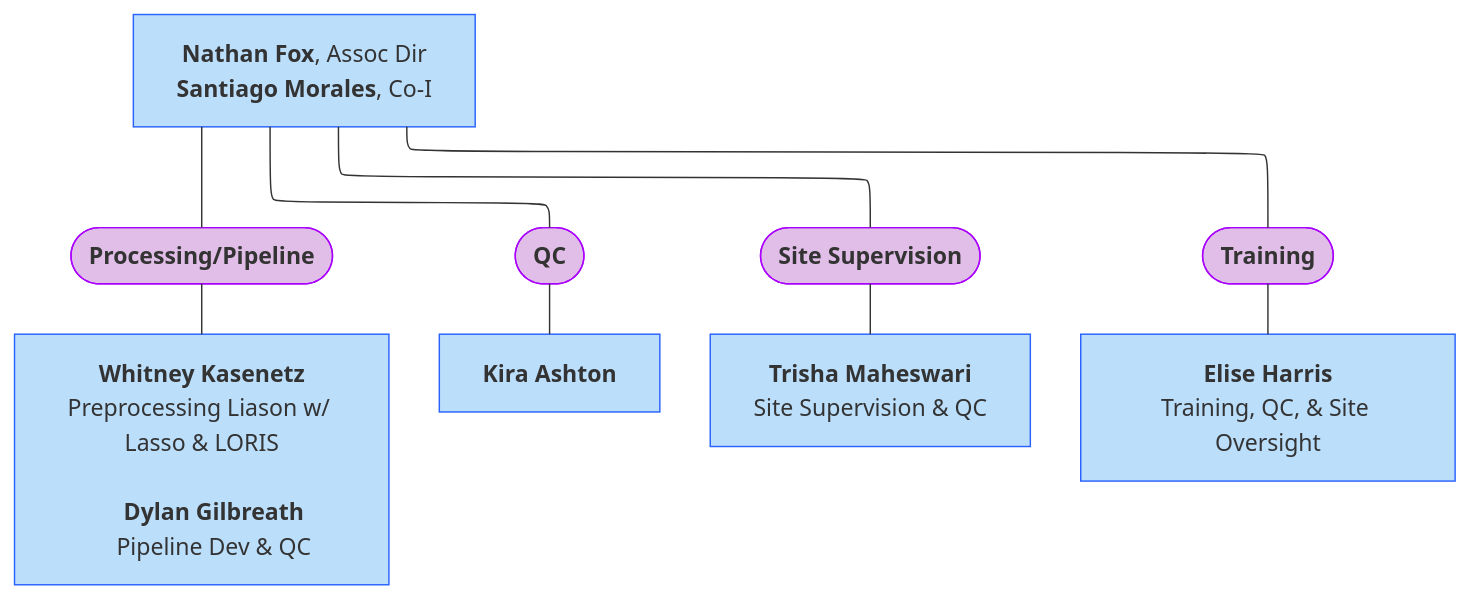
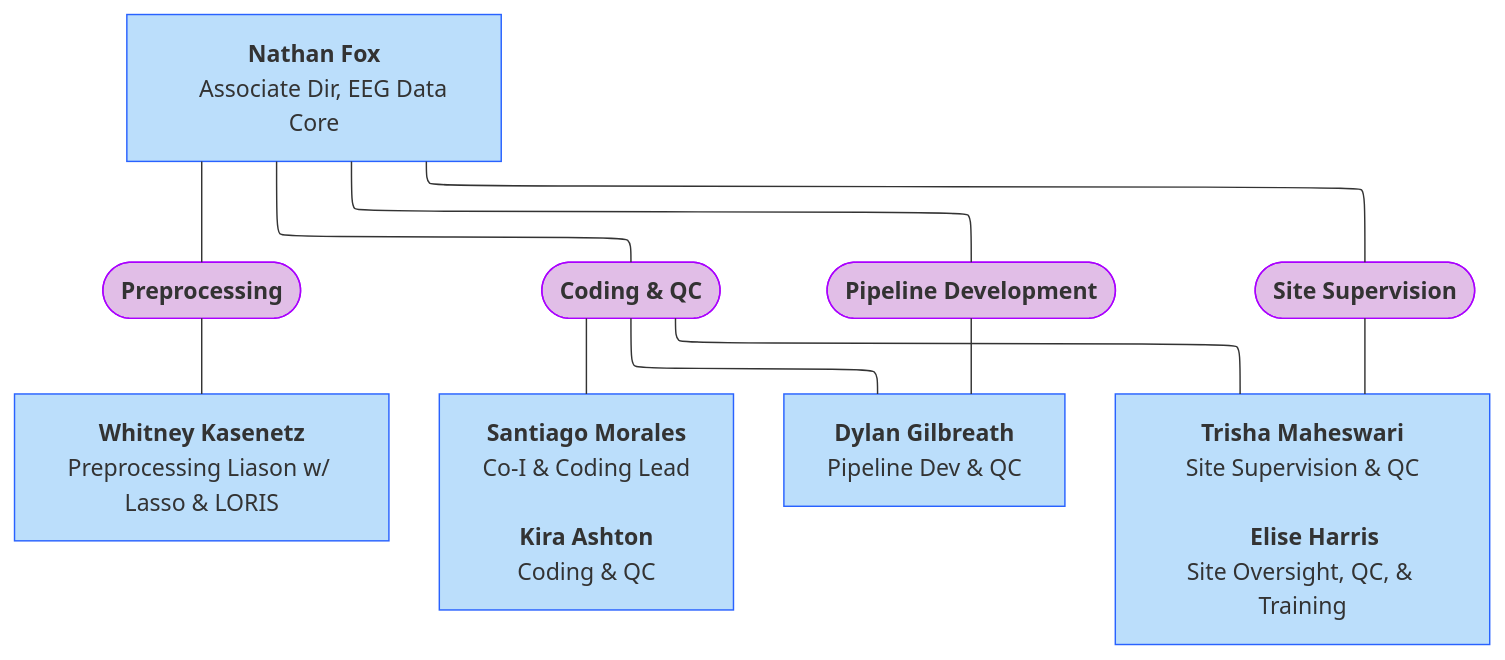
One commit to DCAN-Labs/hbcd-docs-internal changed the fourth of 9 diagrams in docs/orgcharts.md. Above: the diagram before and after it, drawn with Mermaid. The commit also changed other lines of this file, not shown here.

Commit message:
update UMD eeg

````diff
--- a/docs/orgcharts.md
+++ b/docs/orgcharts.md
@@ -217,24 +217,24 @@
 ```mermaid
 ---
 config:
   layout: elk
 ---
 flowchart TB
-    n16["<b>Nathan Fox</b>, Assoc Dir<br><b>Santiago Morales</b>, Co-I"] --- n17(["<b>Processing/Pipeline</b>"]) & n19(["<b>QC</b>"]) 
-    n16 --- n21(["<b>Site Supervision</b>"]) & n22(["<b>Training</b>"])
-    n17 --- n18["<b>Whitney Kasenetz</b><br>Preprocessing Liason w/ Lasso &amp; LORIS<br>
-    <b>Dylan Gilbreath</b>
-    Pipeline Dev &amp; QC"]
-    n19 --- n27["<b>Kira Ashton</b>"]
-    n21 --- n20["<b>Trisha Maheswari</b><br>Site Supervision &amp; QC"]
-    n22 --- n24["<b>Elise Harris<br></b>Training, QC, &amp; Site Oversight"]
+    n16["<b>Nathan Fox</b>
+    Associate Dir, EEG Data Core"] --- n17(["<b>Preprocessing</b>"]) & n19(["<b>Coding &amp; QC</b>"]) & n21(["<b>Pipeline Development</b>"]) & n29(["<b>Site Supervision</b>"])
+    n17 --- n18["<b>Whitney Kasenetz</b><br>Preprocessing Liason w/ Lasso &amp; LORIS"]
+    n19 --- n27["<b>Santiago Morales</b><br>Co-I &amp; Coding Lead<br>
+    <b>Kira Ashton</b><br>Coding &amp; QC"] & n28["<b>Dylan Gilbreath</b><br>Pipeline Dev &amp; QC"] & n30["<b>Trisha Maheswari</b><br>Site Supervision &amp; QC<br>
+    <b>Elise Harris<br></b>Site Oversight, QC, &amp; Training"]
+    n21 --- n28
+    n29 --- n30
     style n16 fill:#BBDEFB,stroke:#2962FF
     style n17 fill:#E1BEE7,stroke:#AA00FF
     style n19 fill:#E1BEE7,stroke:#AA00FF
     style n21 fill:#E1BEE7,stroke:#AA00FF
-    style n22 fill:#E1BEE7,stroke:#AA00FF
+    style n29 fill:#E1BEE7,stroke:#AA00FF
     style n18 fill:#BBDEFB,stroke:#2962FF
     style n27 fill:#BBDEFB,stroke:#2962FF
-    style n20 fill:#BBDEFB,stroke:#2962FF
-    style n24 fill:#BBDEFB,stroke:#2962FF
+    style n28 fill:#BBDEFB,stroke:#2962FF
+    style n30 fill:#BBDEFB,stroke:#2962FF
 ```
````
